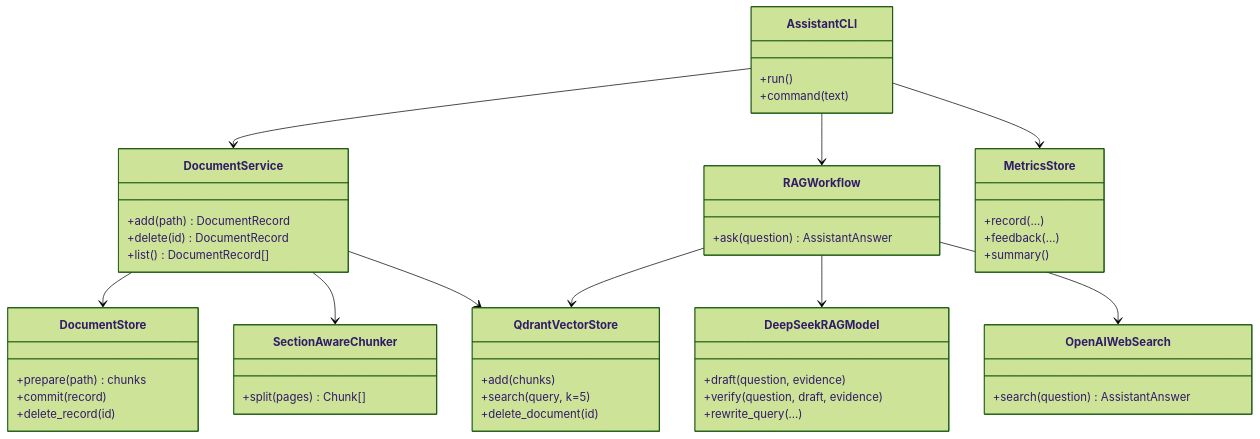
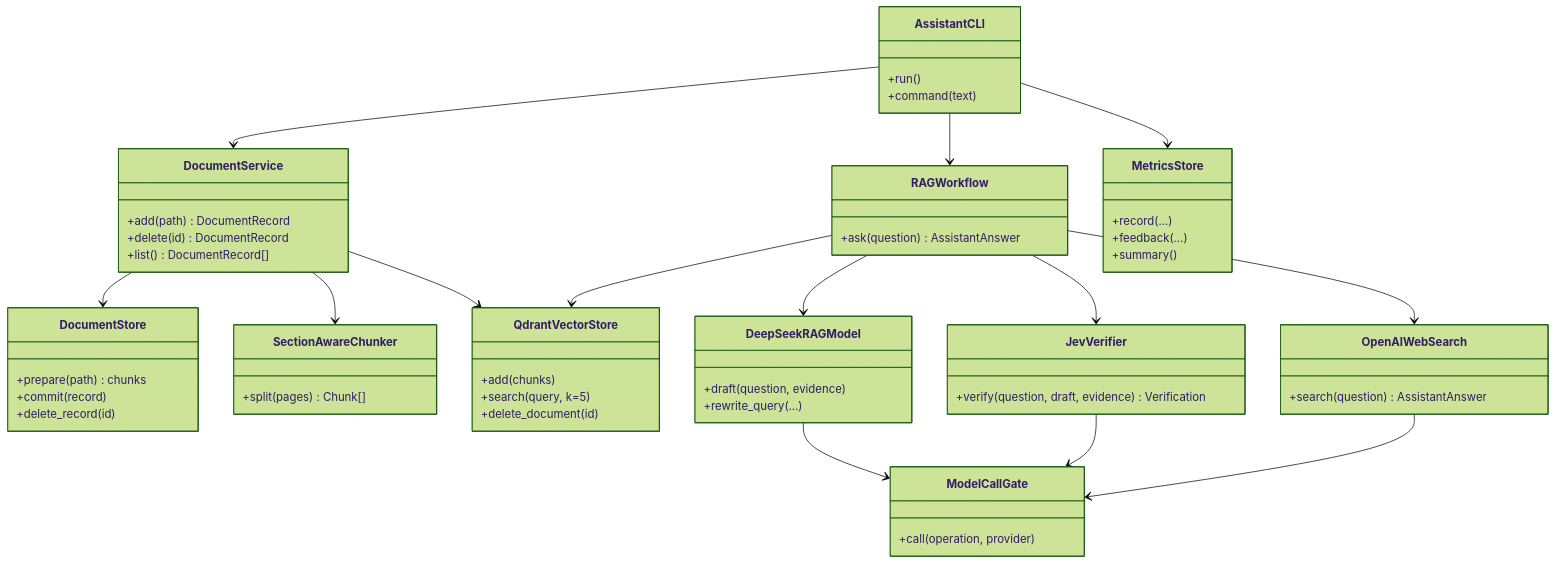
One commit to samuelbagin1/doc-ai-assistent changed the first of 4 diagrams in docs/ARCHITECTURE.md. Above: the diagram before and after it, drawn with Mermaid (forest theme). The commit also changed other lines of this file, not shown here.

Commit message:
feat: describe verifier and shared API gate architecture ARCHITECTURE.md

````diff
--- a/docs/ARCHITECTURE.md
+++ b/docs/ARCHITECTURE.md
@@ -11,51 +11,60 @@
 ```mermaid
 classDiagram
     class AssistantCLI {
       +run()
       +command(text)
     }
     class DocumentService {
       +add(path) DocumentRecord
       +delete(id) DocumentRecord
       +list() DocumentRecord[]
     }
     class DocumentStore {
       +prepare(path) chunks
       +commit(record)
       +delete_record(id)
     }
     class SectionAwareChunker {
       +split(pages) Chunk[]
     }
     class QdrantVectorStore {
       +add(chunks)
       +search(query, k=5)
       +delete_document(id)
     }
     class RAGWorkflow {
       +ask(question) AssistantAnswer
     }
     class DeepSeekRAGModel {
       +draft(question, evidence)
-      +verify(question, draft, evidence)
       +rewrite_query(...)
+    }
+    class JevVerifier {
+      +verify(question, draft, evidence) Verification
+    }
+    class ModelCallGate {
+      +call(operation, provider)
     }
     class OpenAIWebSearch {
       +search(question) AssistantAnswer
     }
     class MetricsStore {
       +record(...)
       +feedback(...)
       +summary()
     }
 
     AssistantCLI --> DocumentService
     AssistantCLI --> RAGWorkflow
     AssistantCLI --> MetricsStore
     DocumentService --> DocumentStore
     DocumentService --> SectionAwareChunker
     DocumentService --> QdrantVectorStore
     RAGWorkflow --> QdrantVectorStore
     RAGWorkflow --> DeepSeekRAGModel
+    RAGWorkflow --> JevVerifier
     RAGWorkflow --> OpenAIWebSearch
+    DeepSeekRAGModel --> ModelCallGate
+    JevVerifier --> ModelCallGate
+    OpenAIWebSearch --> ModelCallGate
 ```
````
